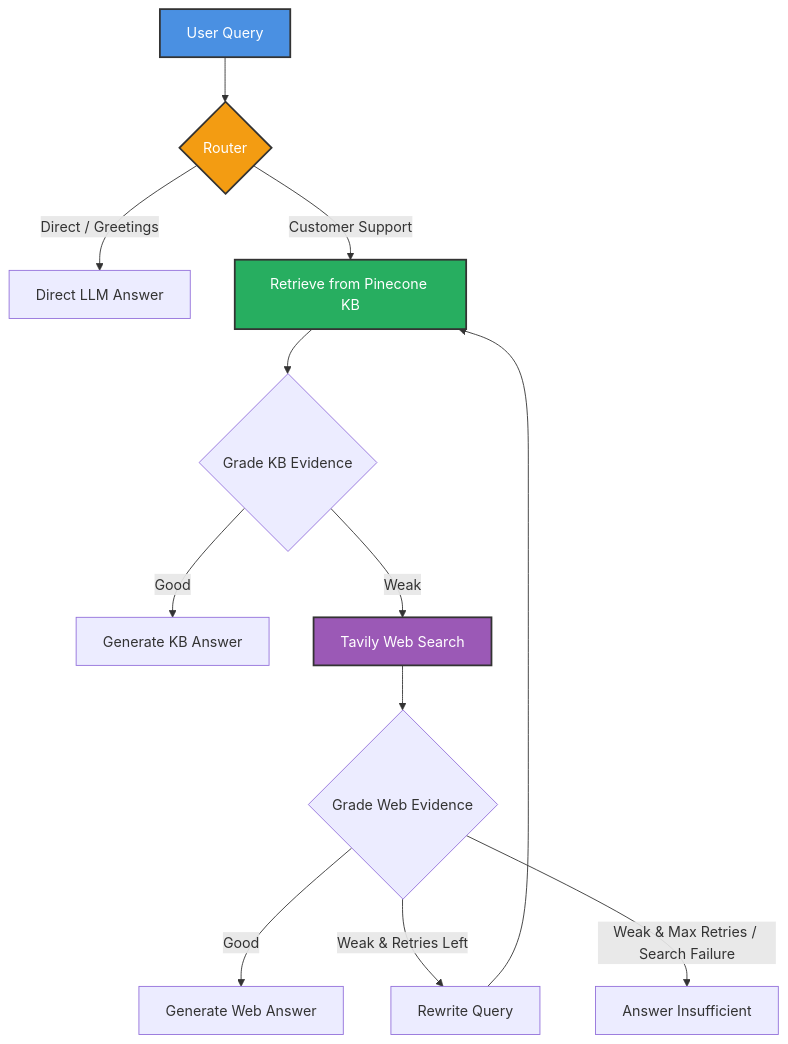
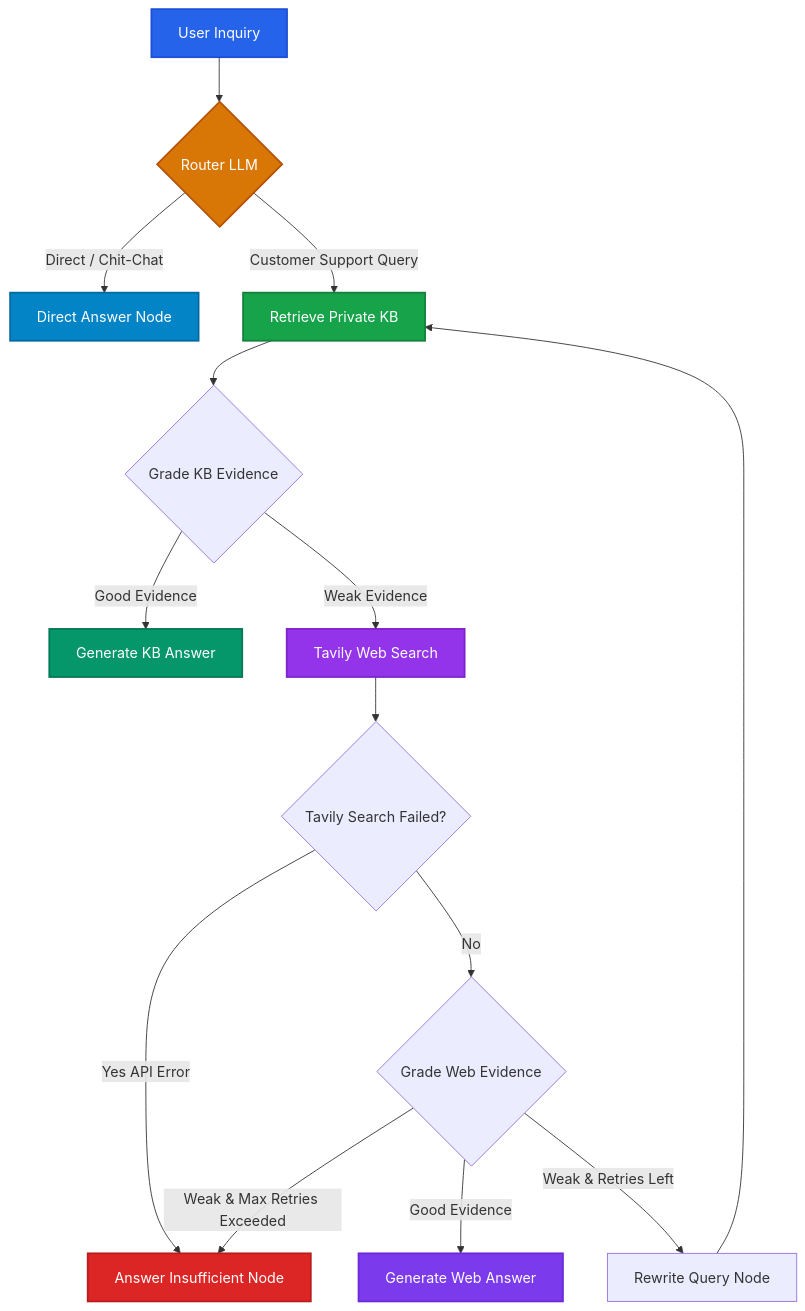
One commit to tilakchow/agentic-customer-support-rag changed the diagram in README.md. Above: the diagram before and after it, drawn with Mermaid. The commit also changed other lines of this file, not shown here.

Commit message:
docs: update README with production architecture, security specs, and setup guide

````diff
--- a/README.md
+++ b/README.md
@@ -39,19 +49,25 @@
 ```mermaid
 graph TD
-    A[User Query] --> B{Router}
-    B -- Direct / Greetings --> C[Direct LLM Answer]
-    B -- Customer Support --> D[Retrieve from Pinecone KB]
+    A[User Inquiry] --> B{Router LLM}
+    B -- Direct / Chit-Chat --> C[Direct Answer Node]
+    B -- Customer Support Query --> D[Retrieve Private KB]
     D --> E{Grade KB Evidence}
-    E -- Good --> F[Generate KB Answer]
-    E -- Weak --> G[Tavily Web Search]
-    G --> H{Grade Web Evidence}
-    H -- Good --> I[Generate Web Answer]
-    H -- Weak & Retries Left --> J[Rewrite Query]
-    J --> D
-    H -- Weak & Max Retries / Search Failure --> K[Answer Insufficient]
+    E -- Good Evidence --> F[Generate KB Answer]
+    E -- Weak Evidence --> G[Tavily Web Search]
+    G --> H{Tavily Search Failed?}
+    H -- Yes API Error --> K[Answer Insufficient Node]
+    H -- No --> I{Grade Web Evidence}
+    I -- Good Evidence --> J[Generate Web Answer]
+    I -- Weak & Retries Left --> L[Rewrite Query Node]
+    L --> D
+    I -- Weak & Max Retries Exceeded --> K
     
-    style A fill:#4a90e2,stroke:#333,stroke-width:2px,color:#fff
-    style B fill:#f39c12,stroke:#333,stroke-width:2px,color:#fff
-    style D fill:#27ae60,stroke:#333,stroke-width:2px,color:#fff
-    style G fill:#9b59b6,stroke:#333,stroke-width:2px,color:#fff
+    style A fill:#2563eb,stroke:#1d4ed8,stroke-width:2px,color:#fff
+    style B fill:#d97706,stroke:#b45309,stroke-width:2px,color:#fff
+    style D fill:#16a34a,stroke:#15803d,stroke-width:2px,color:#fff
+    style G fill:#9333ea,stroke:#7e22ce,stroke-width:2px,color:#fff
+    style C fill:#0284c7,stroke:#0369a1,stroke-width:2px,color:#fff
+    style F fill:#059669,stroke:#047857,stroke-width:2px,color:#fff
+    style J fill:#7c3aed,stroke:#6d28d9,stroke-width:2px,color:#fff
+    style K fill:#dc2626,stroke:#b91c1c,stroke-width:2px,color:#fff
 ```
````
